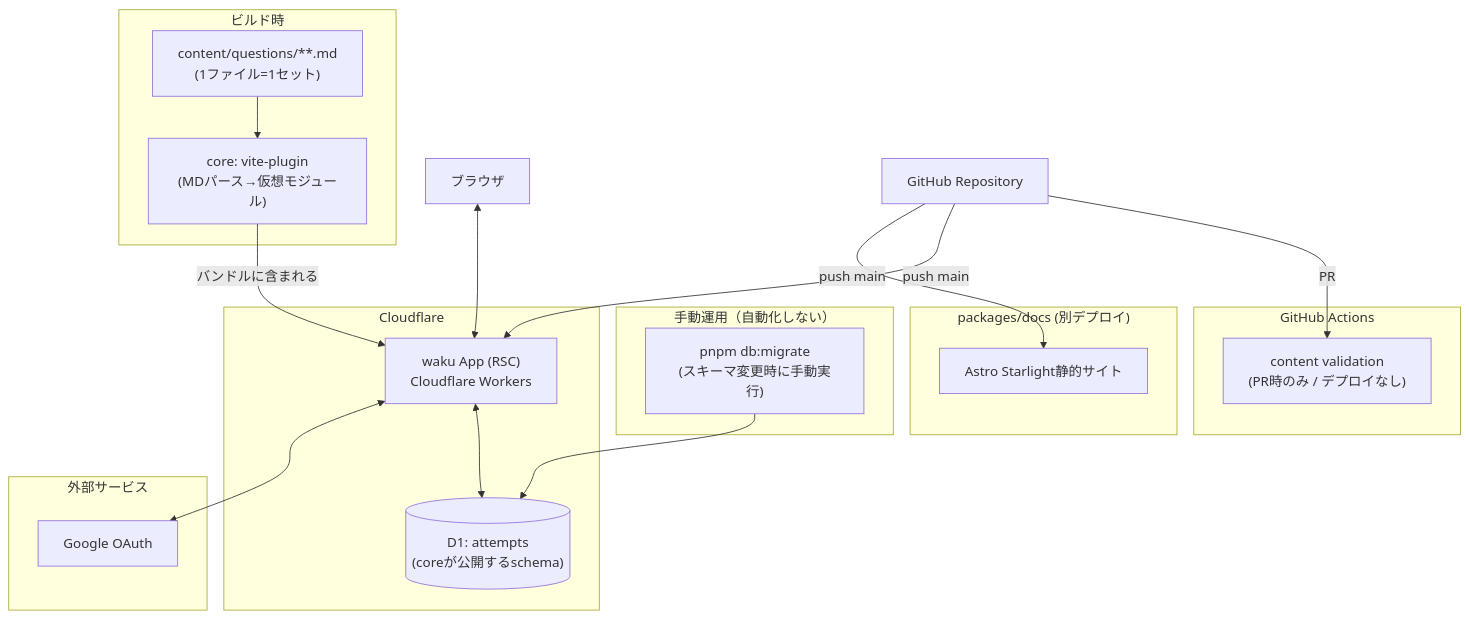
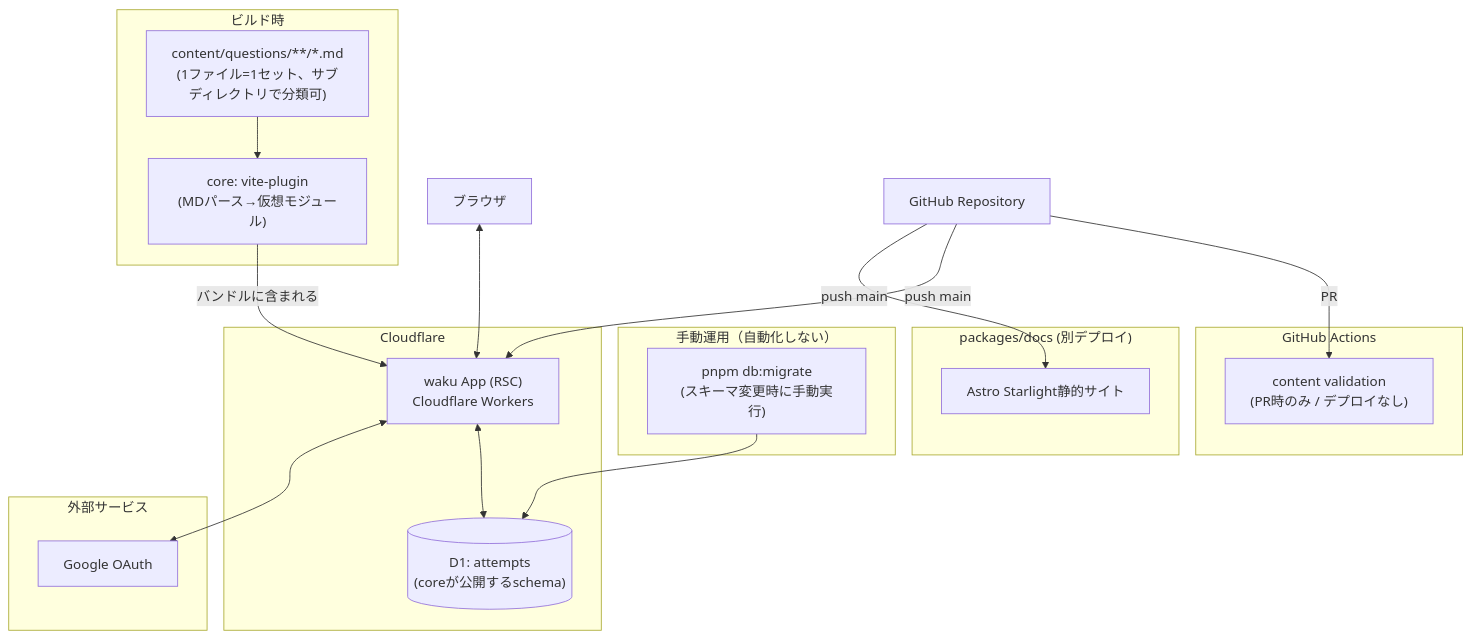
Before and after one commit to SotaTne/quiz-app: the first of 7 diagrams in DESIGN.md, drawn with Mermaid. The commit also changed other lines of this file and 10 other files, not shown here.

First line of the commit message:
Support hierarchical question sets (content/questions/english/part1.md)

````diff
--- a/DESIGN.md
+++ b/DESIGN.md
@@ -7,38 +7,38 @@
 ```mermaid
 graph TD
     subgraph Build["ビルド時"]
-        MD["content/questions/**.md<br/>(1ファイル=1セット)"]
+        MD["content/questions/**/*.md<br/>(1ファイル=1セット、サブディレクトリで分類可)"]
         VitePlugin["core: vite-plugin<br/>(MDパース→仮想モジュール)"]
         MD --> VitePlugin
     end
 
     subgraph CF["Cloudflare"]
         Worker["waku App (RSC)<br/>Cloudflare Workers"]
         D1[("D1: attempts<br/>(coreが公開するschema)")]
         Worker <--> D1
     end
 
     subgraph Ext["外部サービス"]
         Google["Google OAuth"]
     end
 
     VitePlugin -->|"バンドルに含まれる"| Worker
     Browser["ブラウザ"] <--> Worker
     Worker <--> Google
 
     subgraph CI["GitHub Actions"]
         Validate["content validation<br/>(PR時のみ / デプロイなし)"]
     end
     Repo["GitHub Repository"] -->|PR| Validate
     Repo -->|push main| Worker
 
     subgraph Manual["手動運用（自動化しない）"]
         Migrate["pnpm db:migrate<br/>(スキーマ変更時に手動実行)"]
     end
     Migrate --> D1
 
     subgraph Docs["packages/docs (別デプロイ)"]
         Starlight["Astro Starlight静的サイト"]
     end
     Repo -->|push main| Starlight
 ```
````
